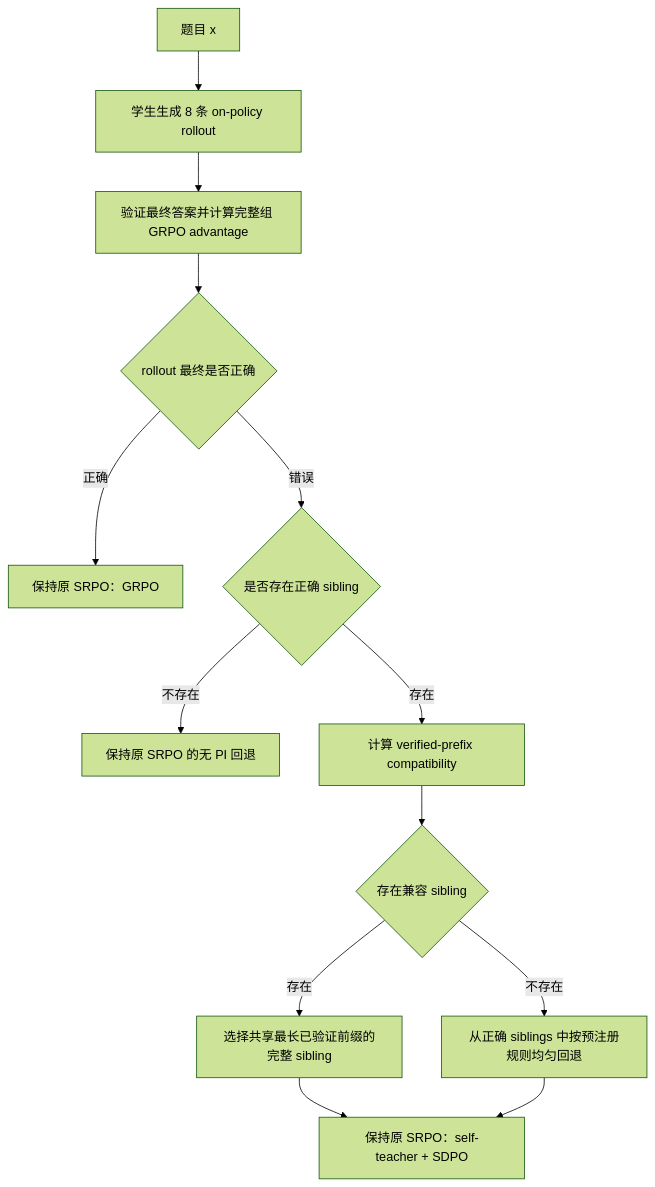
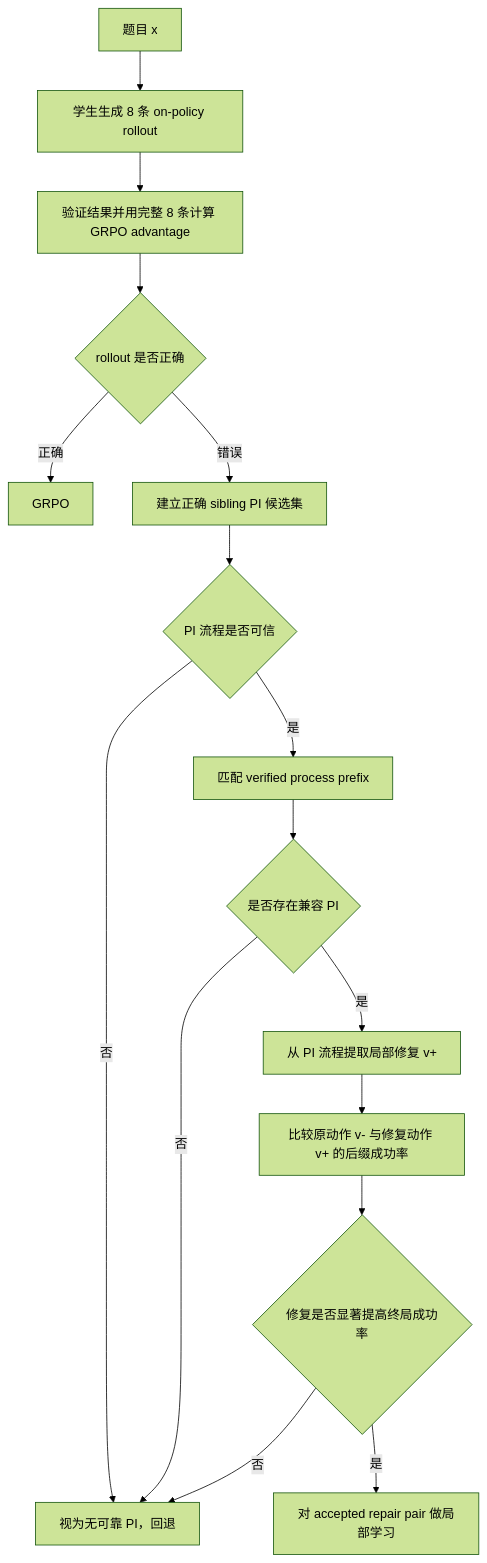
Before and after one commit to Krisyang7/opsd: the diagram in README.md, drawn with Mermaid (forest theme). The commit also changed other lines of this file, not shown here.

Commit message:
docs: refine PI-gated local repair method

````diff
--- a/README.md
+++ b/README.md
@@ -68,15 +87,18 @@
 ```mermaid
 flowchart TD
-    Q[题目 x] --> R[学生生成 8 条 on-policy rollout]
-    R --> V[验证最终答案并计算完整组 GRPO advantage]
-    V --> C{rollout 最终是否正确}
-    C -->|正确| G[保持原 SRPO：GRPO]
-    C -->|错误| S{是否存在正确 sibling}
-    S -->|不存在| F[保持原 SRPO 的无 PI 回退]
-    S -->|存在| M[计算 verified-prefix compatibility]
-    M --> E{存在兼容 sibling}
-    E -->|存在| P[选择共享最长已验证前缀的完整 sibling]
-    E -->|不存在| U[从正确 siblings 中按预注册规则均匀回退]
-    P --> D[保持原 SRPO：self-teacher + SDPO]
-    U --> D
+    X[题目 x] --> R[学生生成 8 条 on-policy rollout]
+    R --> A[验证结果并用完整 8 条计算 GRPO advantage]
+    A --> C{rollout 是否正确}
+    C -->|正确| G[GRPO]
+    C -->|错误| B[建立正确 sibling PI 候选集]
+    B --> Q{PI 流程是否可信}
+    Q -->|否| F[视为无可靠 PI，回退]
+    Q -->|是| M[匹配 verified process prefix]
+    M --> E{是否存在兼容 PI}
+    E -->|否| F
+    E -->|是| P[从 PI 流程提取局部修复 v+]
+    P --> V[比较原动作 v- 与修复动作 v+ 的后缀成功率]
+    V --> U{修复是否显著提高终局成功率}
+    U -->|否| F
+    U -->|是| L[对 accepted repair pair 做局部学习]
 ```
````
